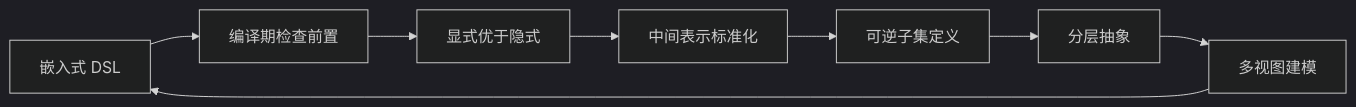
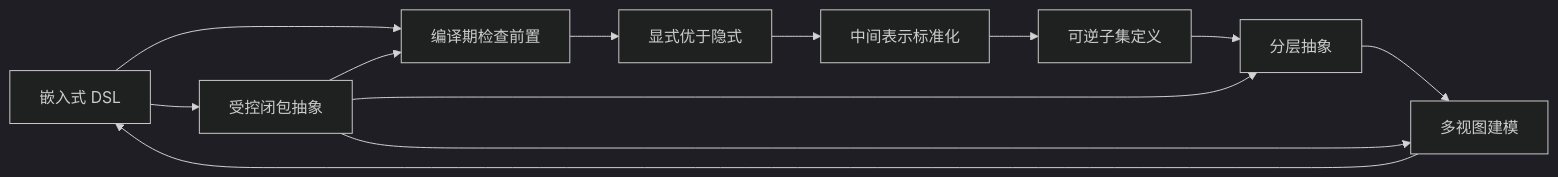
Diagram 13 of 13 in docs/requirements/3. 核心设计原则.md (TangCan/bitloom), drawn with Mermaid (dark theme) before and after one commit. The commit also changed other lines of this file and 17 other files, not shown here.

````diff
--- a/docs/requirements/3. 核心设计原则.md
+++ b/docs/requirements/3. 核心设计原则.md
@@ -376,11 +388,14 @@
 ```mermaid
 flowchart LR
     A[嵌入式 DSL] --> B[编译期检查前置]
     B --> C[显式优于隐式]
     C --> D[中间表示标准化]
     D --> E[可逆子集定义]
     E --> F[分层抽象]
     F --> G[多视图建模]
     G --> A
-
+    A --> H[受控闭包抽象]
+    H --> B
+    H --> F
+    H --> G
 ```
````
